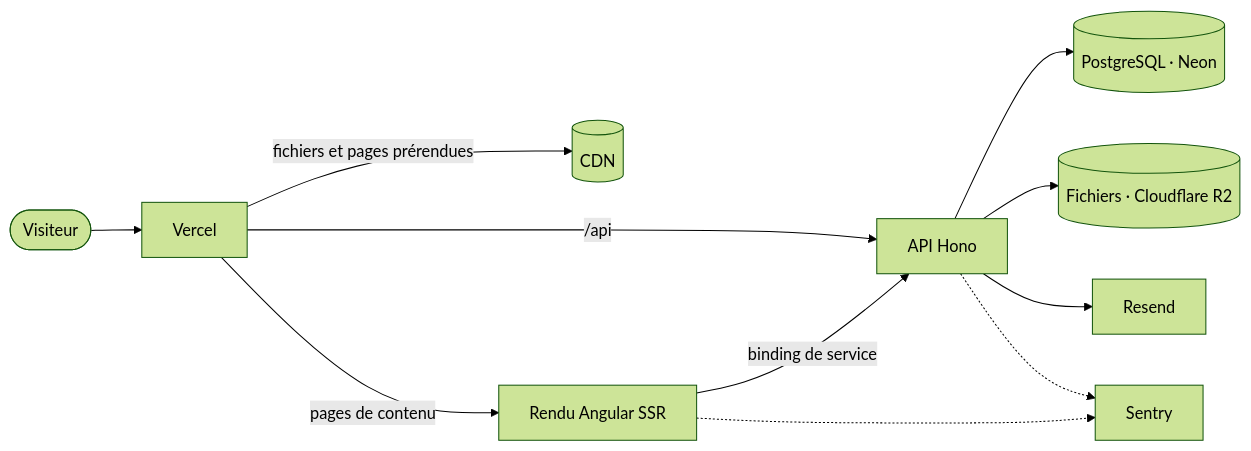
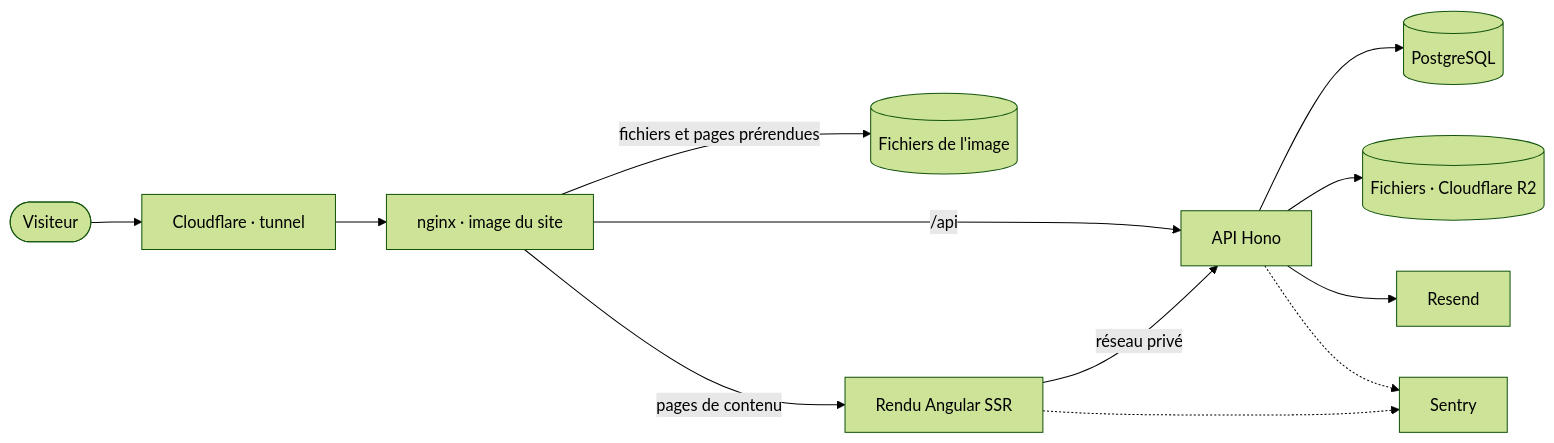
The diagram in README.md (j-ned/j-ned-app), drawn with Mermaid (forest theme) before and after one commit. The commit also changed other lines of this file and 91 other files, not shown here.

Commit message:
chore: retrait de Vercel et de Neon (sortie Vercel, cache CDN par tag, quotas en base, variables VERCEL), table rate_limit supprimée, guide d'import corrigé

````diff
--- a/README.md
+++ b/README.md
@@ -51,13 +51,14 @@
 ```mermaid
 flowchart LR
-  visitor([Visiteur]) --> edge[Vercel]
-  edge -->|fichiers et pages prérendues| static[(CDN)]
+  visitor([Visiteur]) --> cf[Cloudflare · tunnel]
+  cf --> edge[nginx · image du site]
+  edge -->|fichiers et pages prérendues| static[(Fichiers de l'image)]
   edge -->|pages de contenu| ssr[Rendu Angular SSR]
   edge -->|/api| api[API Hono]
-  ssr -->|binding de service| api
-  api --> db[(PostgreSQL · Neon)]
+  ssr -->|réseau privé| api
+  api --> db[(PostgreSQL)]
   api --> files[(Fichiers · Cloudflare R2)]
   api --> mail[Resend]
   api -.-> sentry[Sentry]
   ssr -.-> sentry
 ```
````
